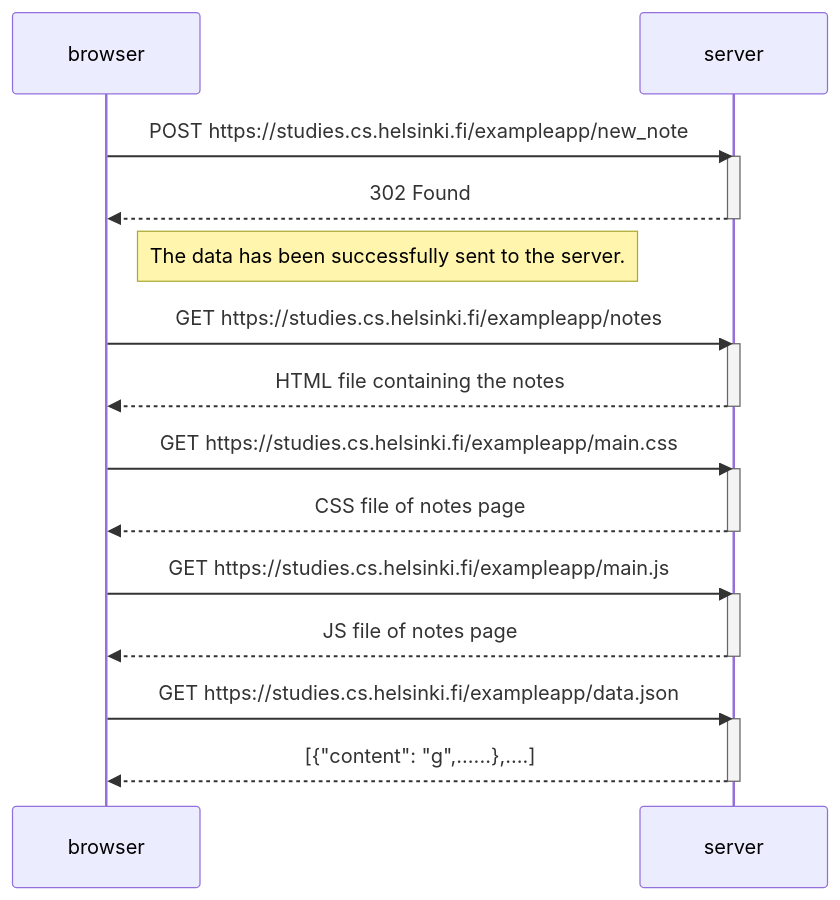
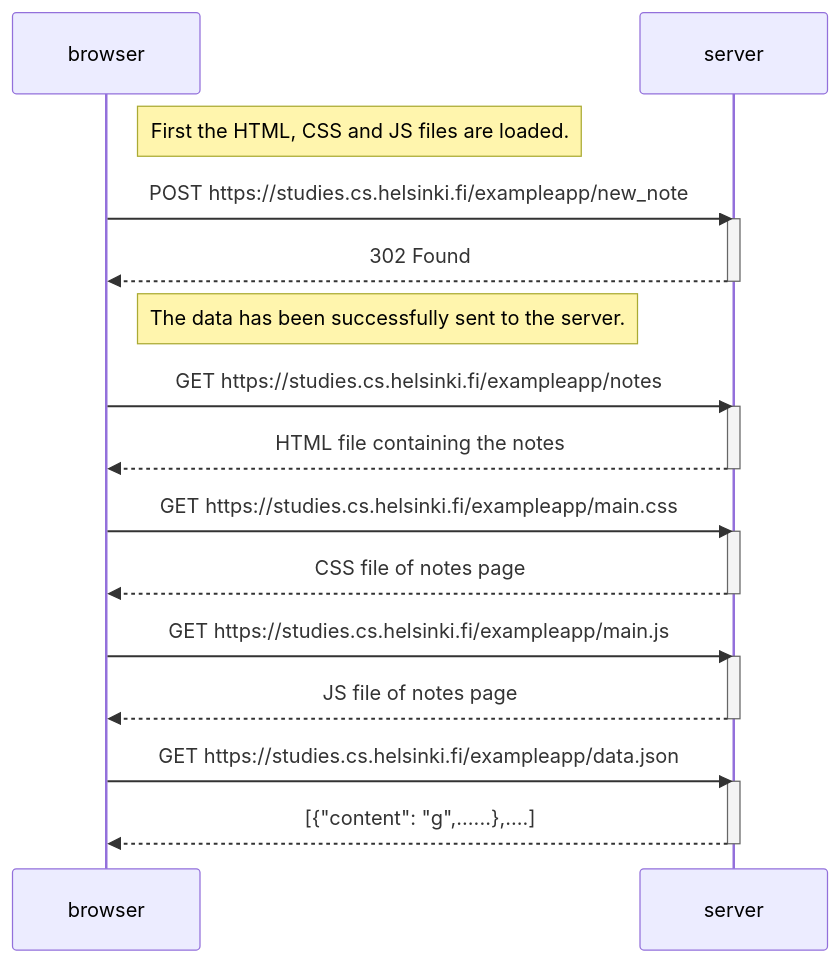
Before and after one commit to 10billionpercent/full-stack-open: the diagram in part0/0.4-sequence-diagram.md, drawn with Mermaid.

Commit message:
Add note on file loading in sequence diagram
Added a note about loading HTML, CSS, and JS files.

````diff
--- a/part0/0.4-sequence-diagram.md
+++ b/part0/0.4-sequence-diagram.md
@@ -1,33 +1,35 @@
 ```mermaid
 sequenceDiagram
     participant browser
     participant server
+
+Note right of browser: First the HTML, CSS and JS files are loaded.
 
     browser->>server: POST https://studies.cs.helsinki.fi/exampleapp/new_note
     activate server
     server-->>browser: 302 Found
     deactivate server
 
     
     Note right of browser: The data has been successfully sent to the server.
 
     browser->>server: GET https://studies.cs.helsinki.fi/exampleapp/notes
     activate server
     server-->>browser: HTML file containing the notes
     deactivate server
 
     browser->>server: GET https://studies.cs.helsinki.fi/exampleapp/main.css
     activate server
     server-->>browser: CSS file of notes page
     deactivate server
 
     browser->>server: GET https://studies.cs.helsinki.fi/exampleapp/main.js
     activate server
     server-->>browser: JS file of notes page
     deactivate server
 
     browser->>server: GET https://studies.cs.helsinki.fi/exampleapp/data.json
     activate server
     server-->>browser: [{"content": "g",......},....]
     deactivate server
 ```
````
